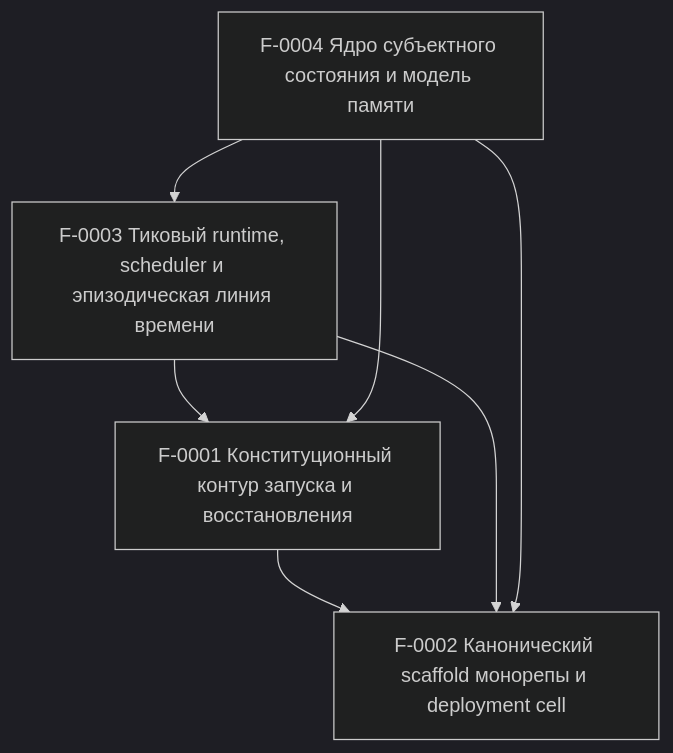
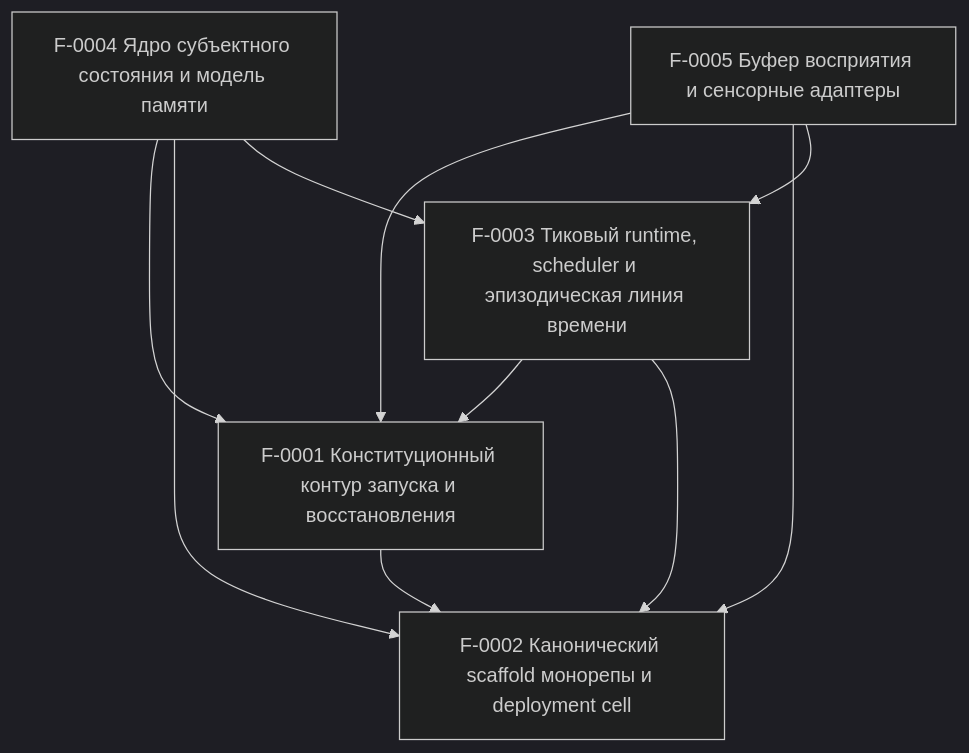
Before and after one commit to kostysh/yaagi: the diagram in docs/ssot/index.md, drawn with Mermaid (dark theme). The commit also changed other lines of this file and 7 other files, not shown here.

````diff
--- a/docs/ssot/index.md
+++ b/docs/ssot/index.md
@@ -22,13 +23,17 @@
 ```mermaid
 graph TD
   F0001["F-0001 Конституционный контур запуска и восстановления"]
   F0002["F-0002 Канонический scaffold монорепы и deployment cell"]
   F0003["F-0003 Тиковый runtime, scheduler и эпизодическая линия времени"]
   F0004["F-0004 Ядро субъектного состояния и модель памяти"]
+  F0005["F-0005 Буфер восприятия и сенсорные адаптеры"]
   F0001 --> F0002
   F0003 --> F0001
   F0003 --> F0002
   F0004 --> F0001
   F0004 --> F0002
   F0004 --> F0003
+  F0005 --> F0001
+  F0005 --> F0002
+  F0005 --> F0003
 ```
````
